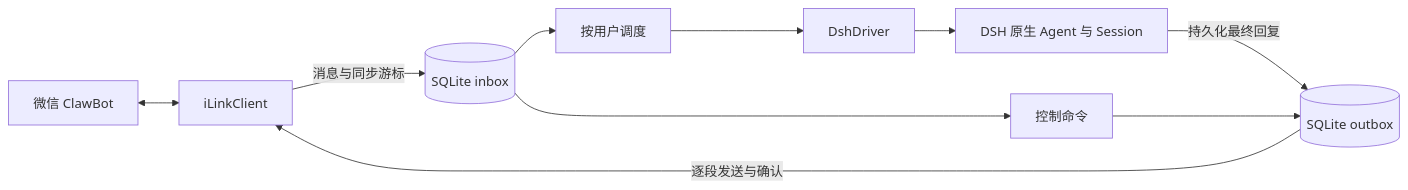
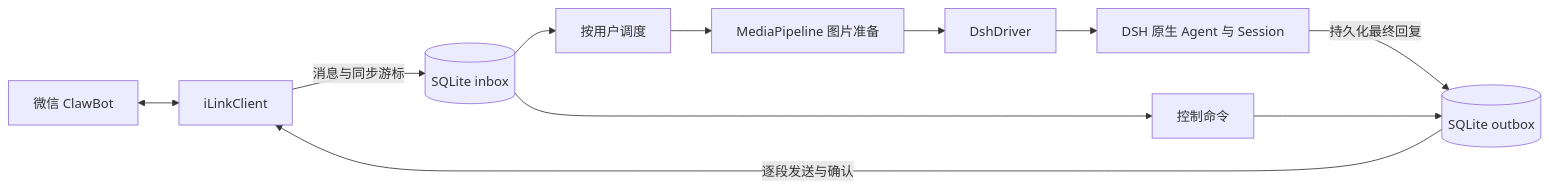
Before and after one commit to qianhaoq/dsh-plugin-weixin: the diagram in docs/architecture.md, drawn with Mermaid. The commit also changed other lines of this file and 32 other files, not shown here.

First line of the commit message:
Add MVP1 inbound image media pipeline for WeChat ClawBot

````diff
--- a/docs/architecture.md
+++ b/docs/architecture.md
@@ -7,12 +7,13 @@
 ```mermaid
 flowchart LR
   W[微信 ClawBot] <--> A[iLinkClient]
   A -->|消息与同步游标| I[(SQLite inbox)]
   I --> C[控制命令]
   I --> Q[按用户调度]
-  Q --> D[DshDriver]
+  Q --> M[MediaPipeline 图片准备]
+  M --> D[DshDriver]
   D --> H[DSH 原生 Agent 与 Session]
   H -->|持久化最终回复| O[(SQLite outbox)]
   C --> O
   O -->|逐段发送与确认| A
 ```
````
